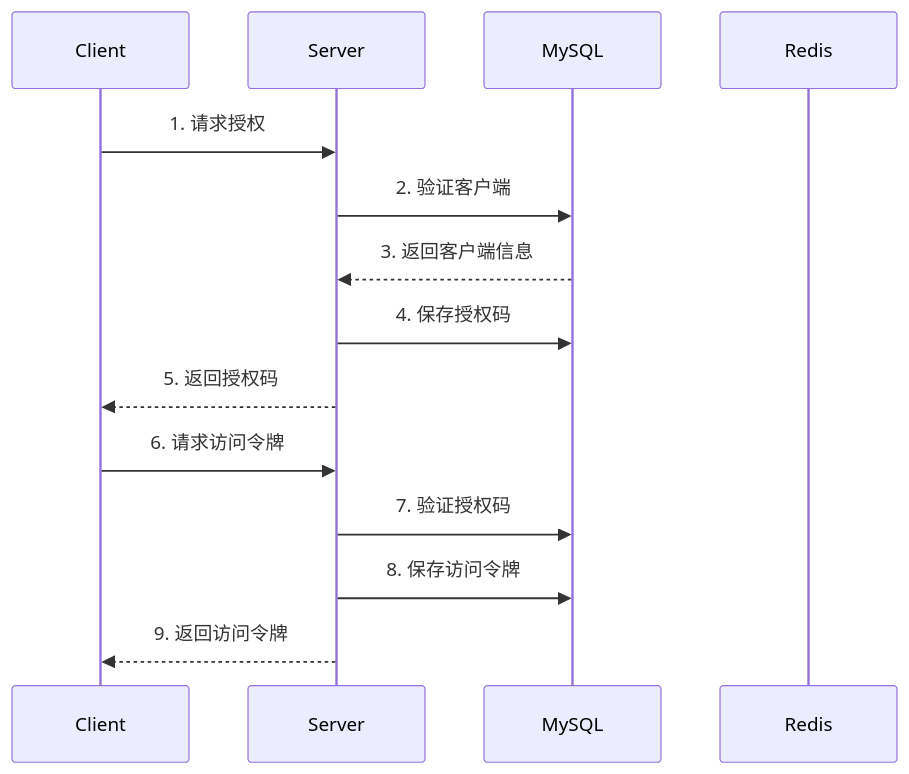
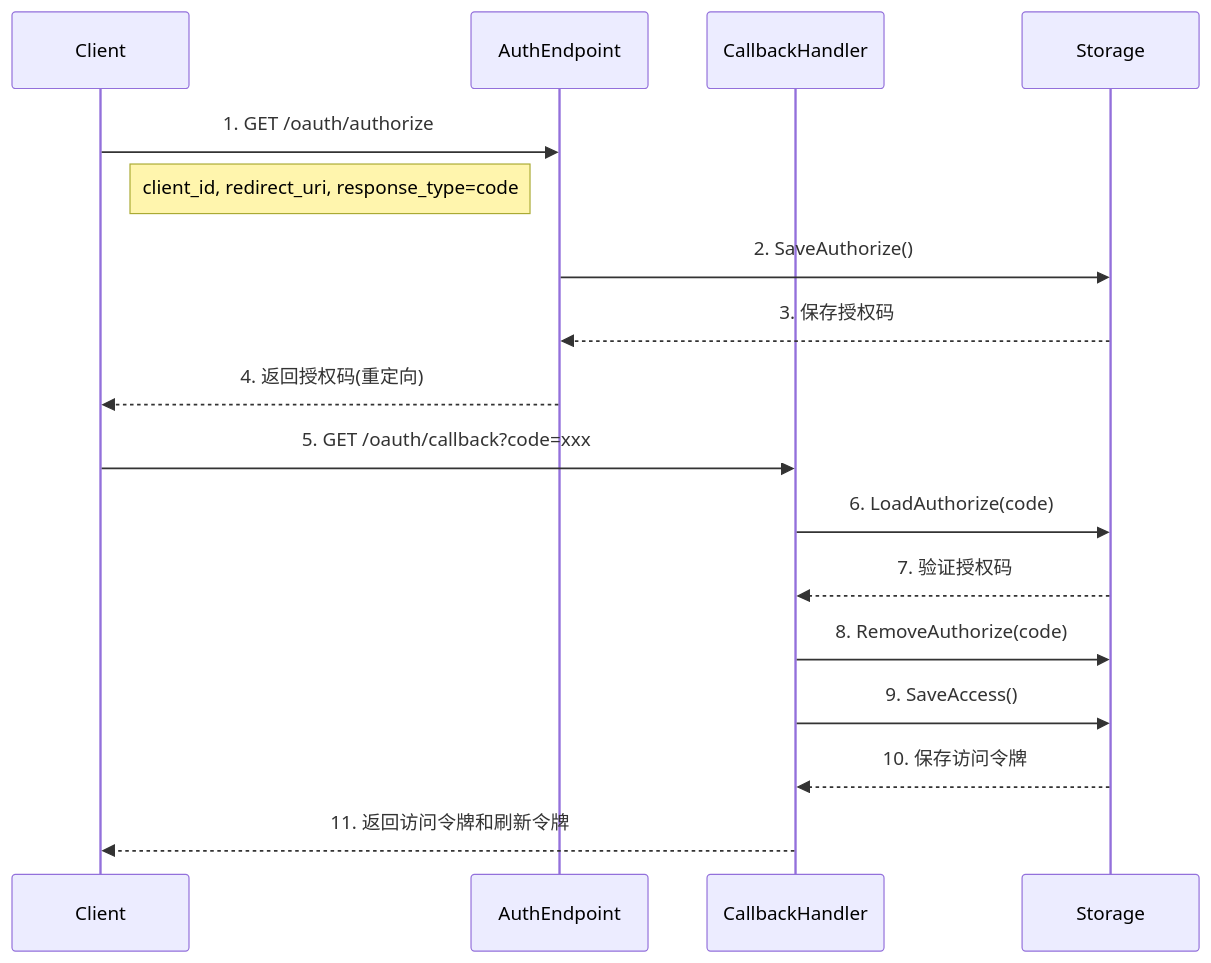
Before and after one commit to CrazyTata/oauth2: the diagram in README.md, drawn with Mermaid. The commit also changed other lines of this file, not shown here.

Commit message:
initialize

````diff
--- a/README.md
+++ b/README.md
@@ -88,17 +88,22 @@
 ```mermaid
 sequenceDiagram
     participant Client
-    participant Server
-    participant MySQL
-    participant Redis
-
-    Client->>Server: 1. 请求授权
-    Server->>MySQL: 2. 验证客户端
-    MySQL-->>Server: 3. 返回客户端信息
-    Server->>MySQL: 4. 保存授权码
-    Server-->>Client: 5. 返回授权码
-    Client->>Server: 6. 请求访问令牌
-    Server->>MySQL: 7. 验证授权码
-    Server->>MySQL: 8. 保存访问令牌
-    Server-->>Client: 9. 返回访问令牌
+    participant AuthEndpoint
+    participant CallbackHandler
+    participant Storage
+    
+    Client->>AuthEndpoint: 1. GET /oauth/authorize
+    Note right of Client: client_id, redirect_uri, response_type=code
+    
+    AuthEndpoint->>Storage: 2. SaveAuthorize()
+    Storage-->>AuthEndpoint: 3. 保存授权码
+    AuthEndpoint-->>Client: 4. 返回授权码(重定向)
+    
+    Client->>CallbackHandler: 5. GET /oauth/callback?code=xxx
+    CallbackHandler->>Storage: 6. LoadAuthorize(code)
+    Storage-->>CallbackHandler: 7. 验证授权码
+    CallbackHandler->>Storage: 8. RemoveAuthorize(code)
+    CallbackHandler->>Storage: 9. SaveAccess()
+    Storage-->>CallbackHandler: 10. 保存访问令牌
+    CallbackHandler-->>Client: 11. 返回访问令牌和刷新令牌
 ```
````
